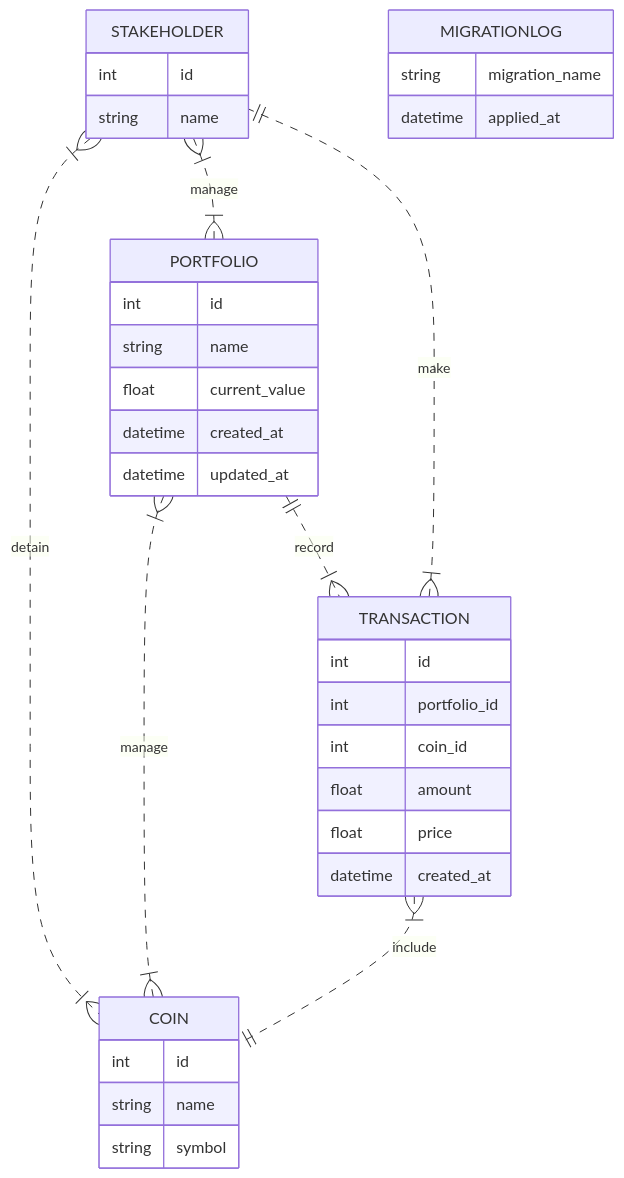
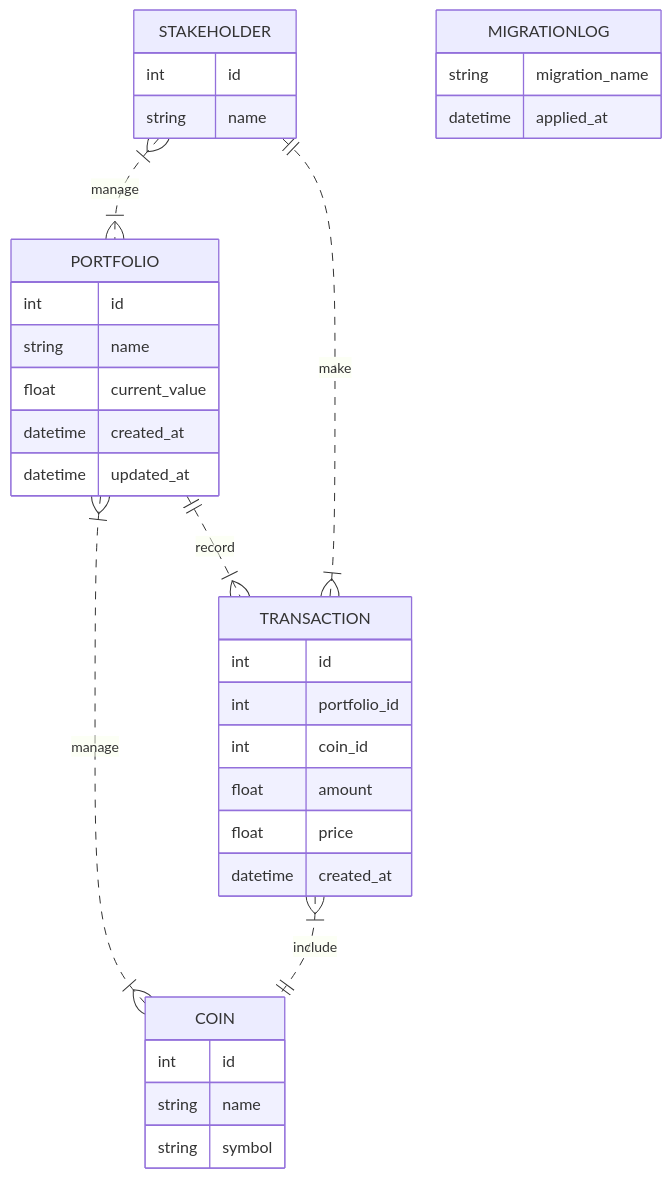
The second of 2 diagrams in documentation/specifications.md (Soushi888/crypto-portofolio-manager), drawn with Mermaid before and after one commit. The commit also changed 11 other files, not shown here.

````diff
--- a/documentation/specifications.md
+++ b/documentation/specifications.md
@@ -52,43 +52,42 @@
 ```mermaid
 erDiagram
     STAKEHOLDER {
         int id
         string name
     }
     PORTFOLIO {
         int id
         string name
         float current_value
         datetime created_at
         datetime updated_at
     }
 
     STAKEHOLDER }|..|{ PORTFOLIO: "manage"
 
     COIN {
         int id
         string name
         string symbol
     }
 
-    STAKEHOLDER }|..|{ COIN: "detain"
     PORTFOLIO }|..|{ COIN: "manage"
 
     TRANSACTION {
         int id
         int portfolio_id
         int coin_id
         float amount
         float price
         datetime created_at
     }
 
     PORTFOLIO ||..|{ TRANSACTION: "record"
     TRANSACTION }|..|| COIN: "include"
     TRANSACTION }|..|| STAKEHOLDER: "make"
 
     MIGRATIONLOG {
         string migration_name
         datetime applied_at
     }
 ```
````
